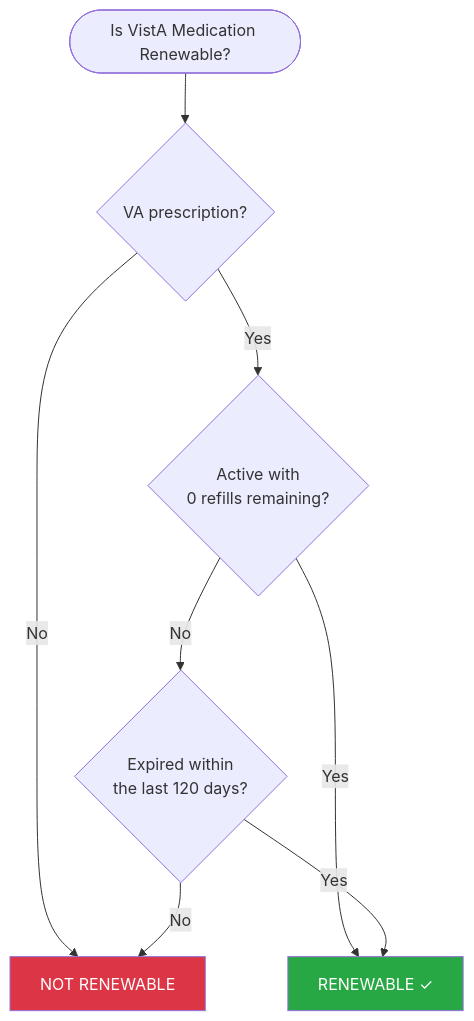
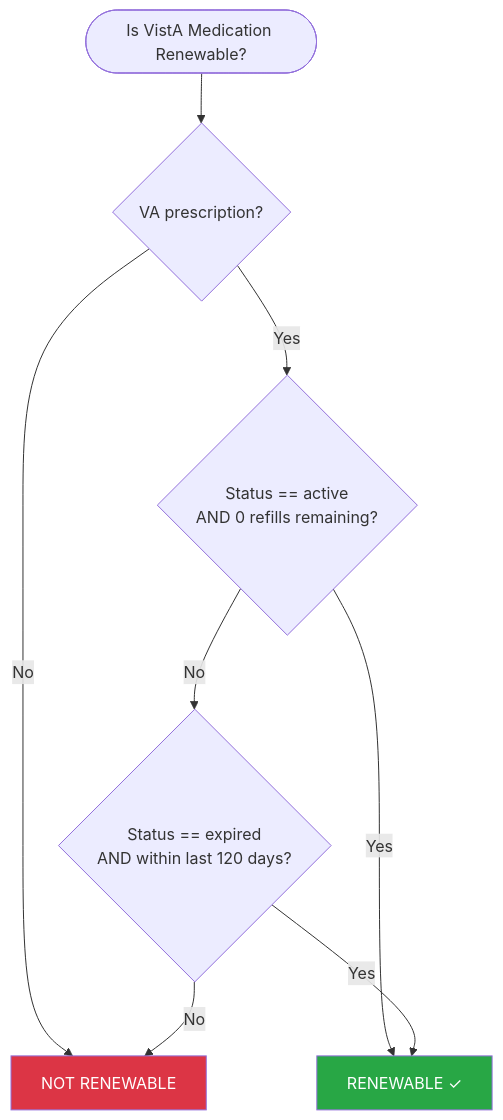
The first of 2 diagrams in products/health-care/digital-health-modernization/mhv-to-va.gov/medications/requirements/renewability_spec.md (Ninjaneer321/va.gov-team), drawn with Mermaid before and after one commit. The commit also changed other lines of this file, not shown here.

First line of the commit message:
Make VistA status checks explicit to exclude discontinued prescriptions

````diff
--- a/products/health-care/digital-health-modernization/mhv-to-va.gov/medications/requirements/renewability_spec.md
+++ b/products/health-care/digital-health-modernization/mhv-to-va.gov/medications/requirements/renewability_spec.md
@@ -28,19 +30,19 @@
 ```mermaid
 flowchart TD
     Start([Is VistA Medication Renewable?]) --> ClassCheck
 
     ClassCheck{VA prescription?}
     ClassCheck -->|No| NotRenewable[NOT RENEWABLE]
     ClassCheck -->|Yes| Check1
 
-    Check1{Active with<br/>0 refills remaining?}
+    Check1{Status == active<br/>AND 0 refills remaining?}
     Check1 -->|Yes| Renewable[RENEWABLE ✓]
     Check1 -->|No| Check2
 
-    Check2{Expired within<br/>the last 120 days?}
+    Check2{Status == expired<br/>AND within last 120 days?}
     Check2 -->|Yes| Renewable
     Check2 -->|No| NotRenewable
 
     style Renewable fill:#28a745,color:#fff
     style NotRenewable fill:#dc3545,color:#fff
 ```
````
